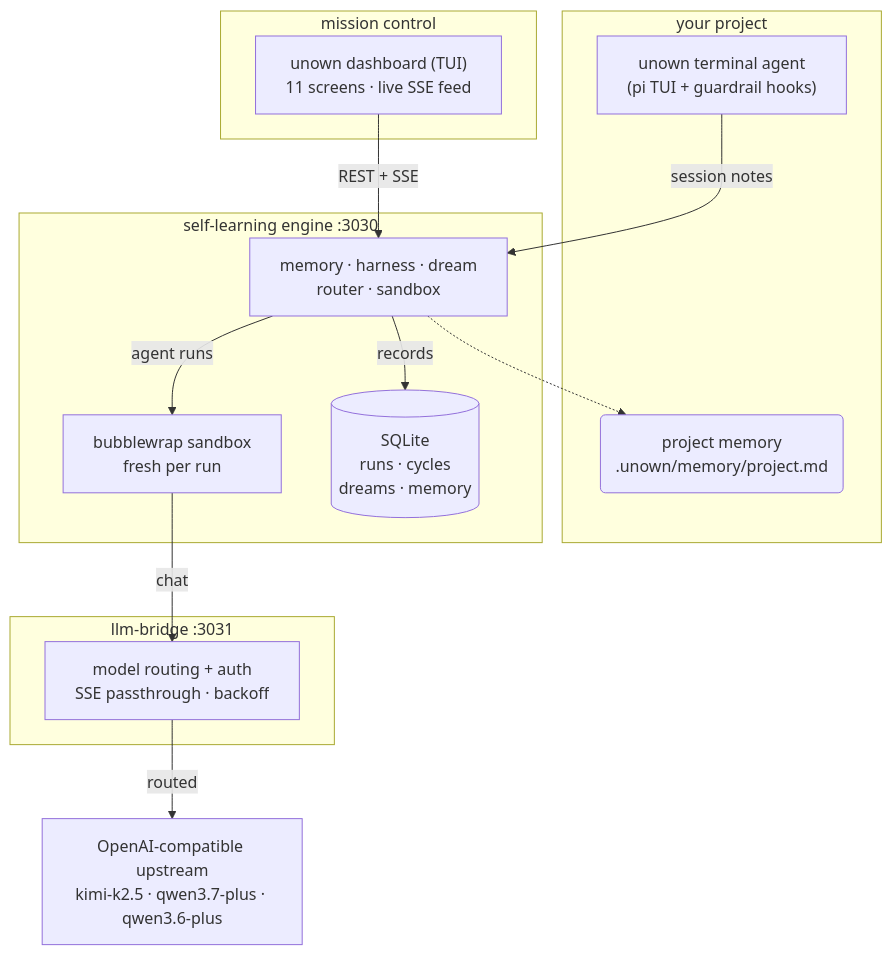
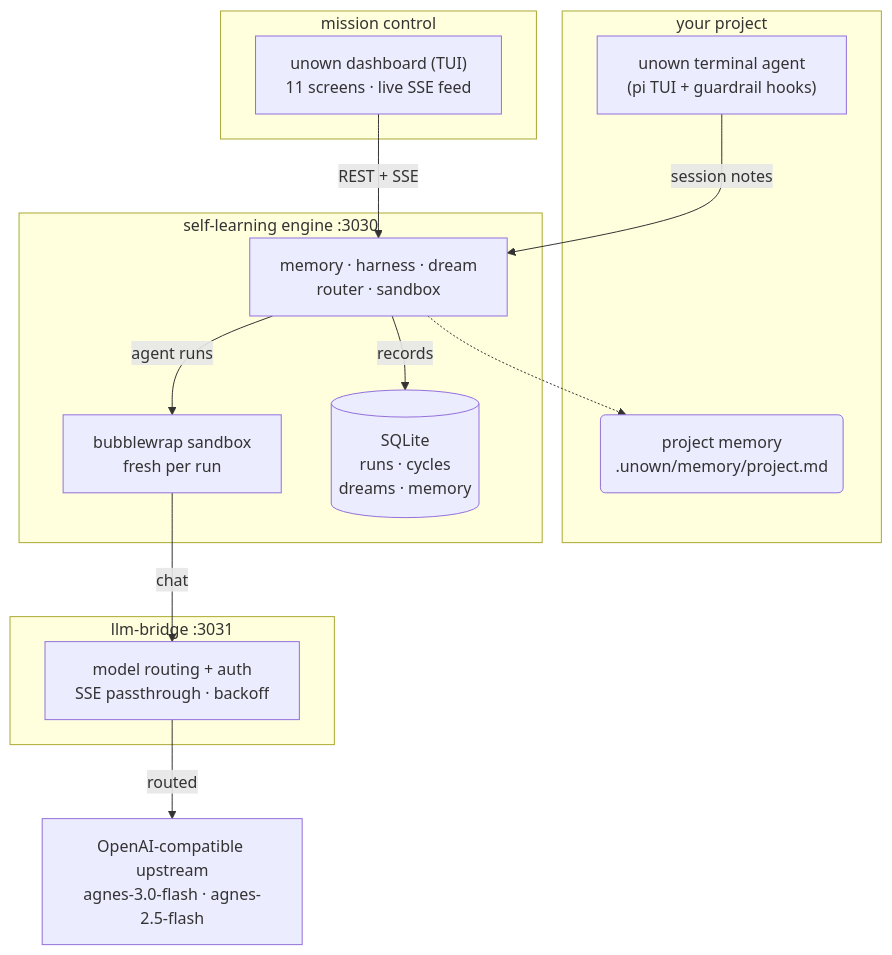
One commit to kanishka-namdeo/Unown changed the first of 2 diagrams in README.md. Above: the diagram before and after it, drawn with Mermaid. The commit also changed other lines of this file and 25 other files, not shown here.

First line of the commit message:
docs+defaults: the DOX tree catches up, and every no-env default follows the Agnes upstream

````diff
--- a/README.md
+++ b/README.md
@@ -47,27 +47,27 @@
 ```mermaid
 flowchart TB
     subgraph project["your project"]
         TUI["unown terminal agent<br>(pi TUI + guardrail hooks)"]
         PM("project memory<br>.unown/memory/project.md")
     end
     subgraph dash["mission control"]
         UI["unown dashboard (TUI)<br>11 screens · live SSE feed"]
     end
     subgraph engine["self-learning engine :3030"]
         ENG["memory · harness · dream<br>router · sandbox"]
         SB["bubblewrap sandbox<br>fresh per run"]
         DB[("SQLite<br>runs · cycles<br>dreams · memory")]
     end
     subgraph bridge["llm-bridge :3031"]
         BR["model routing + auth<br>SSE passthrough · backoff"]
     end
-    LLM["OpenAI-compatible upstream<br>kimi-k2.5 · qwen3.7-plus · qwen3.6-plus"]
+    LLM["OpenAI-compatible upstream<br>agnes-3.0-flash · agnes-2.5-flash"]
 
     TUI -- "session notes" --> ENG
     UI -- "REST + SSE" --> ENG
     ENG -- "agent runs" --> SB
     SB -- "chat" --> BR
     BR -- "routed" --> LLM
     ENG -- "records" --> DB
     ENG -.-> PM
 ```
````
